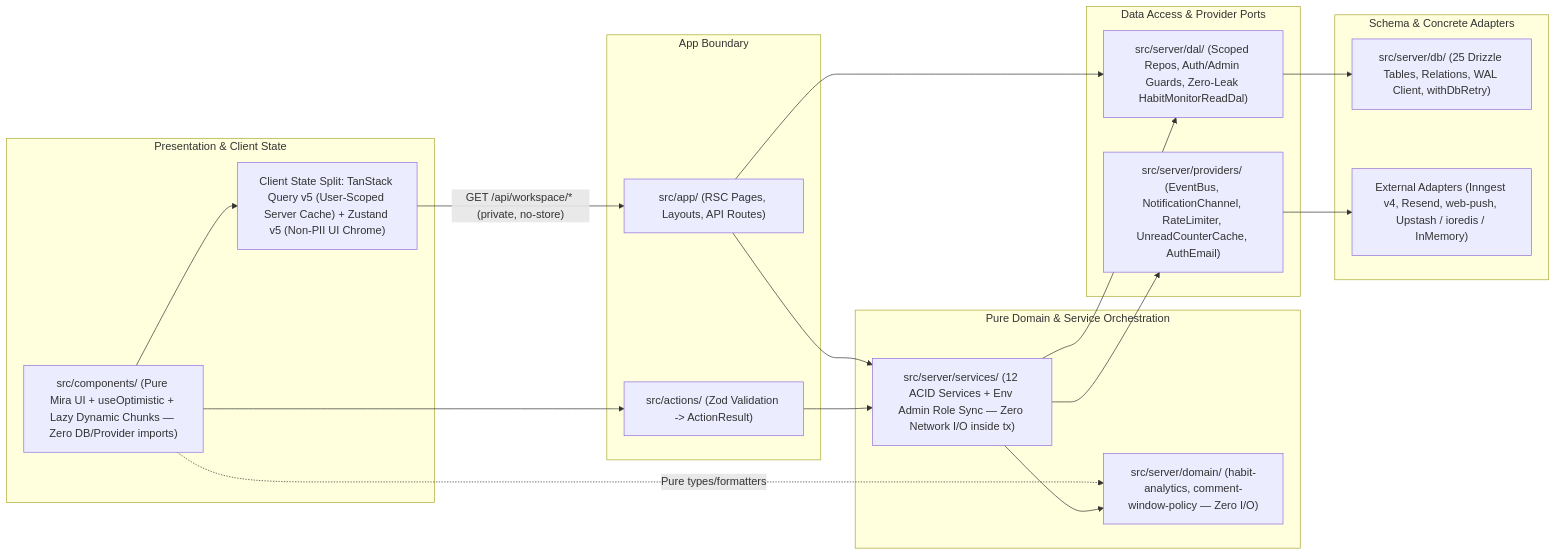
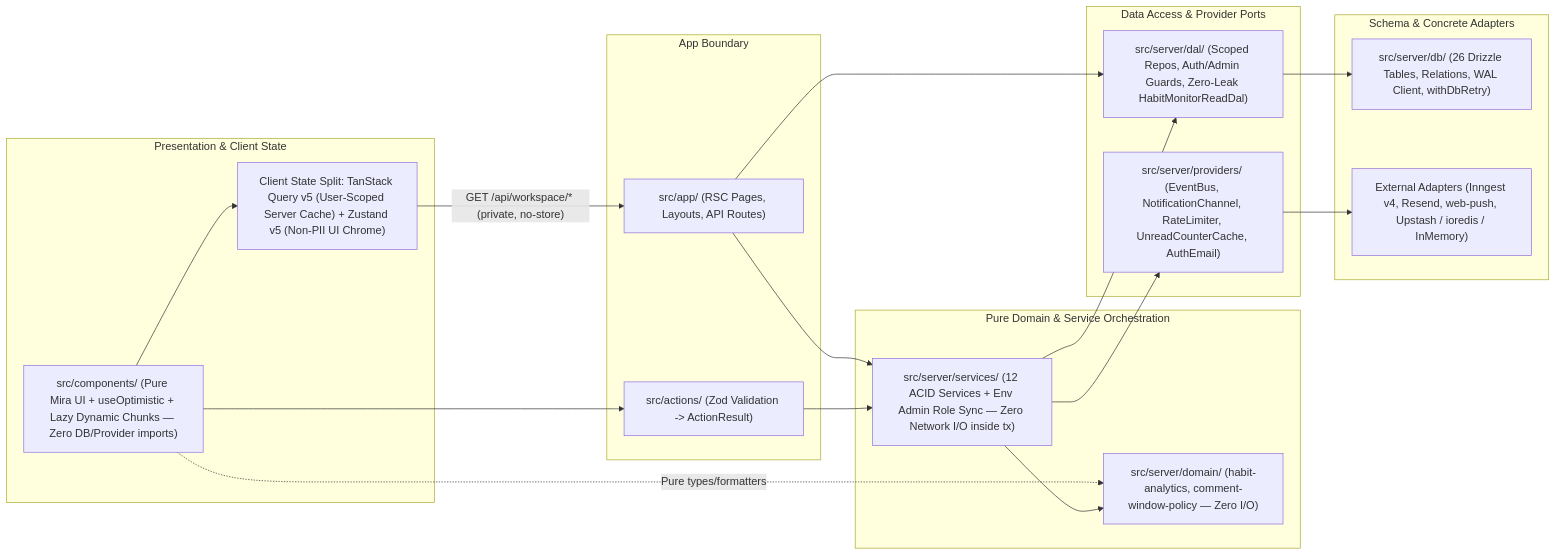
Before and after one commit to Marvin-MM/folio_tracker: the second of 11 diagrams in docs/ARCHITECTURE.md, drawn with Mermaid. The commit also changed other lines of this file and 43 other files, not shown here.

````diff
--- a/docs/ARCHITECTURE.md
+++ b/docs/ARCHITECTURE.md
@@ -75,40 +75,40 @@
 ```mermaid
 flowchart LR
   subgraph Presentation["Presentation & Client State"]
     COMP["src/components/ (Pure Mira UI + useOptimistic + Lazy Dynamic Chunks — Zero DB/Provider imports)"]
     STATE["Client State Split: TanStack Query v5 (User-Scoped Server Cache) + Zustand v5 (Non-PII UI Chrome)"]
   end
 
   subgraph Boundary["App Boundary"]
     APP["src/app/ (RSC Pages, Layouts, API Routes)"]
     ACTS["src/actions/ (Zod Validation -> ActionResult)"]
   end
 
   subgraph Domain["Pure Domain & Service Orchestration"]
     PURE["src/server/domain/ (habit-analytics, comment-window-policy — Zero I/O)"]
     SVCS["src/server/services/ (12 ACID Services + Env Admin Role Sync — Zero Network I/O inside tx)"]
   end
 
   subgraph DataAndPorts["Data Access & Provider Ports"]
     DALS["src/server/dal/ (Scoped Repos, Auth/Admin Guards, Zero-Leak HabitMonitorReadDal)"]
     PORTS["src/server/providers/ (EventBus, NotificationChannel, RateLimiter, UnreadCounterCache, AuthEmail)"]
   end
 
   subgraph Foundations["Schema & Concrete Adapters"]
-    SCHEMA["src/server/db/ (25 Drizzle Tables, Relations, WAL Client, withDbRetry)"]
+    SCHEMA["src/server/db/ (26 Drizzle Tables, Relations, WAL Client, withDbRetry)"]
     ADAPT["External Adapters (Inngest v4, Resend, web-push, Upstash / ioredis / InMemory)"]
   end
 
   COMP --> STATE
   STATE -->|"GET /api/workspace/* (private, no-store)"| APP
   COMP --> ACTS
   COMP -.->|"Pure types/formatters"| PURE
   APP --> DALS
   APP --> SVCS
   ACTS --> SVCS
   SVCS --> PURE
   SVCS --> DALS
   SVCS --> PORTS
   DALS --> SCHEMA
   PORTS --> ADAPT
 ```
````
